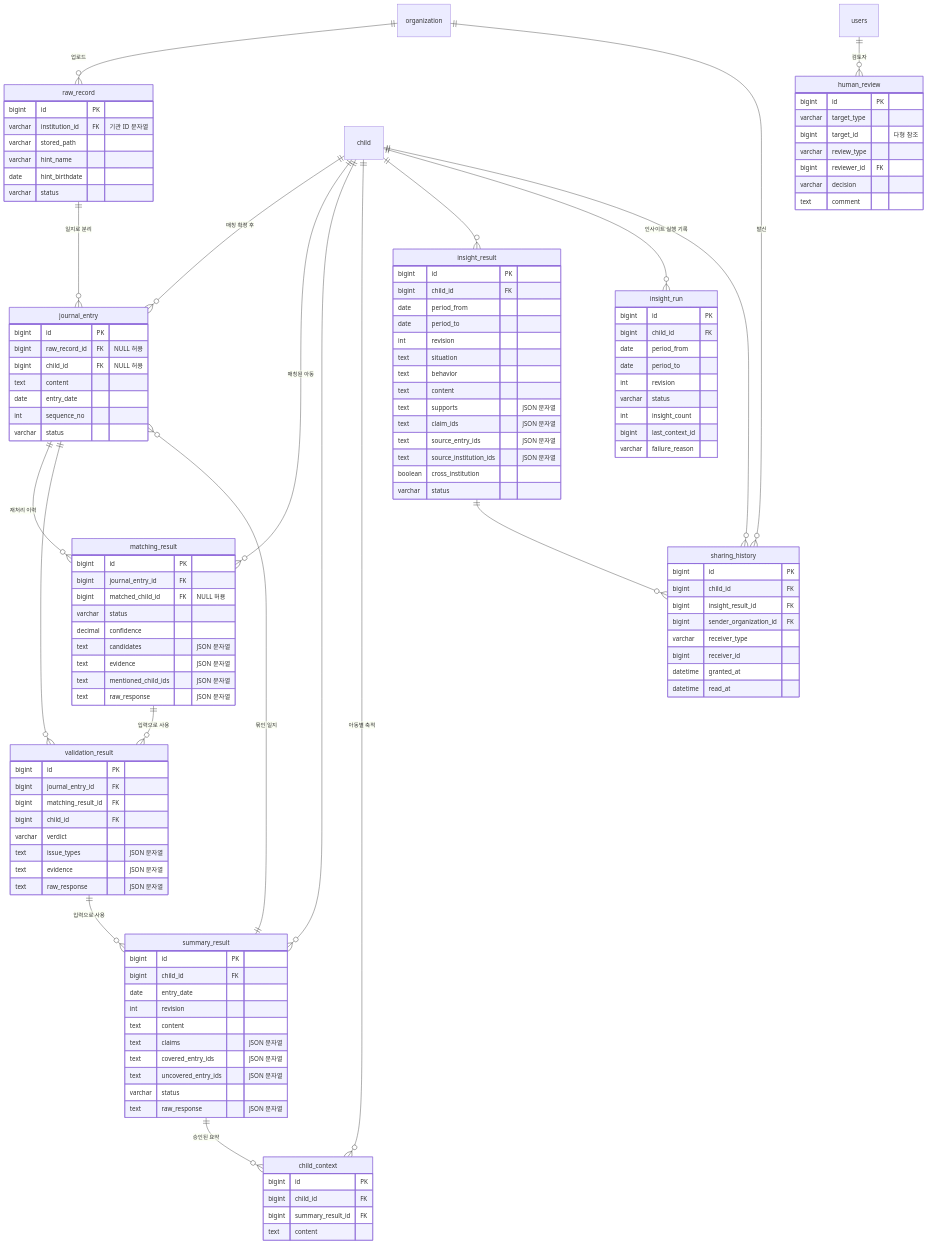
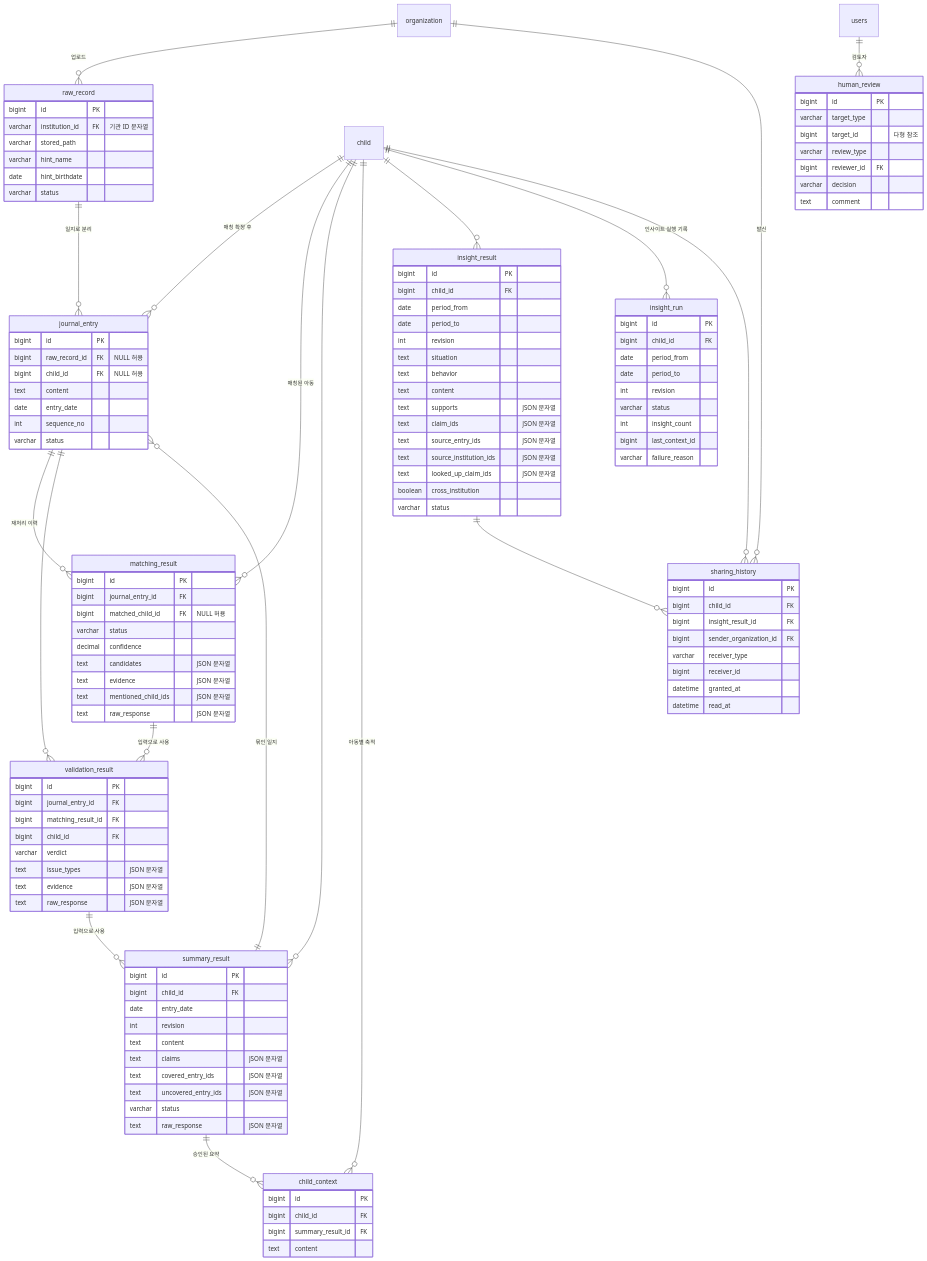
The second of 2 diagrams in docs/db/schema.md (kakaotechcampus-4/ktc4-kyungpook-2), drawn with Mermaid before and after one commit. The commit also changed other lines of this file and 1 other file, not shown here.

Commit message:
docs: 지난 기록 근거 표시와 looked_up_claim_ids 컬럼을 명세에 반영한다 (#387)

```diff
--- a/docs/db/schema.md
+++ b/docs/db/schema.md
@@ -276,6 +276,7 @@
         text claim_ids "JSON 문자열"
         text source_entry_ids "JSON 문자열"
         text source_institution_ids "JSON 문자열"
+        text looked_up_claim_ids "JSON 문자열"
         boolean cross_institution
         varchar status
     }
```
